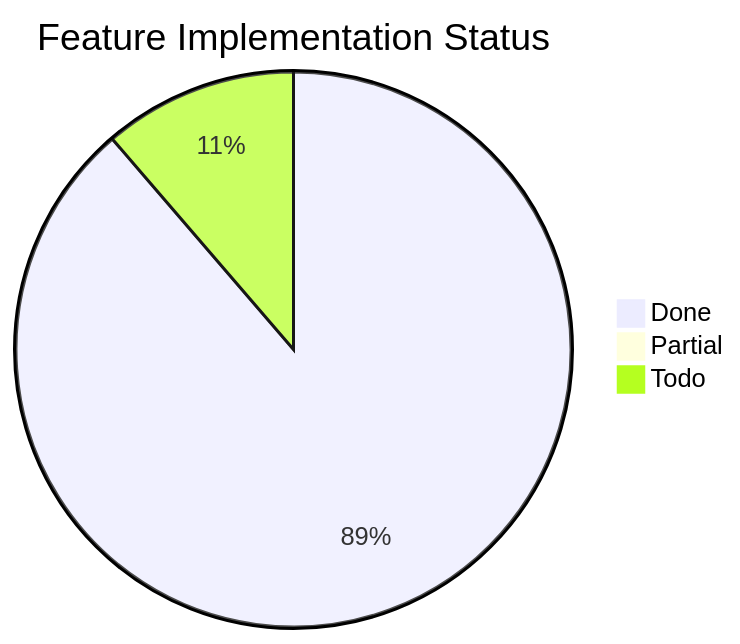
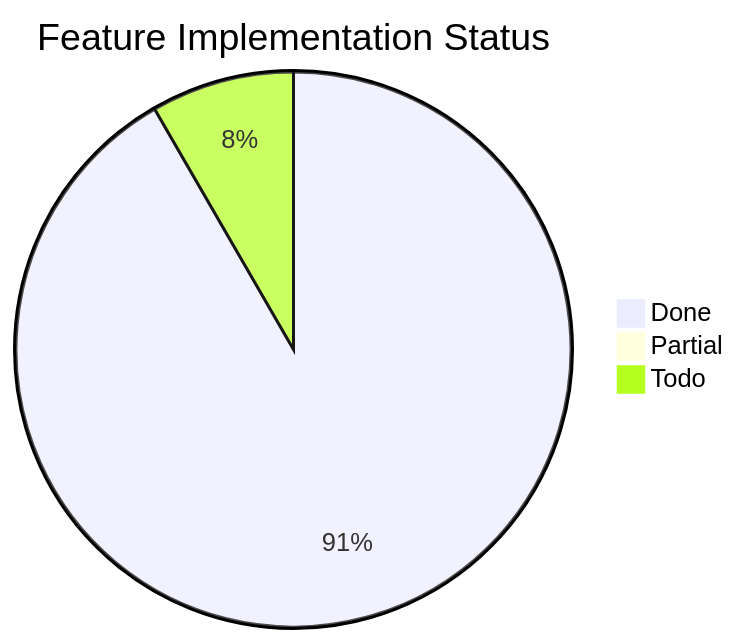
One commit to Papyrine/Morph changed the third of 3 diagrams in docs/word-features.md. Above: the diagram before and after it, drawn with Mermaid. The commit also changed other lines of this file and 10 other files, not shown here.

````diff
--- a/docs/word-features.md
+++ b/docs/word-features.md
@@ -2233,6 +2244,6 @@
 ```mermaid
 pie title Feature Implementation Status
-    "Done" : 149
-    "Partial" : 0
-    "Todo" : 19
+    "Done" : 154
+    "Partial" : 1
+    "Todo" : 14
 ```
````
